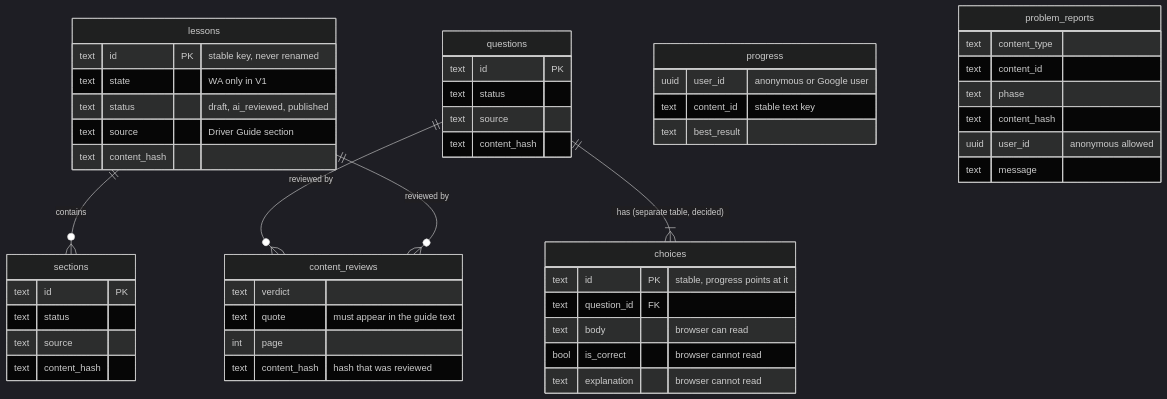
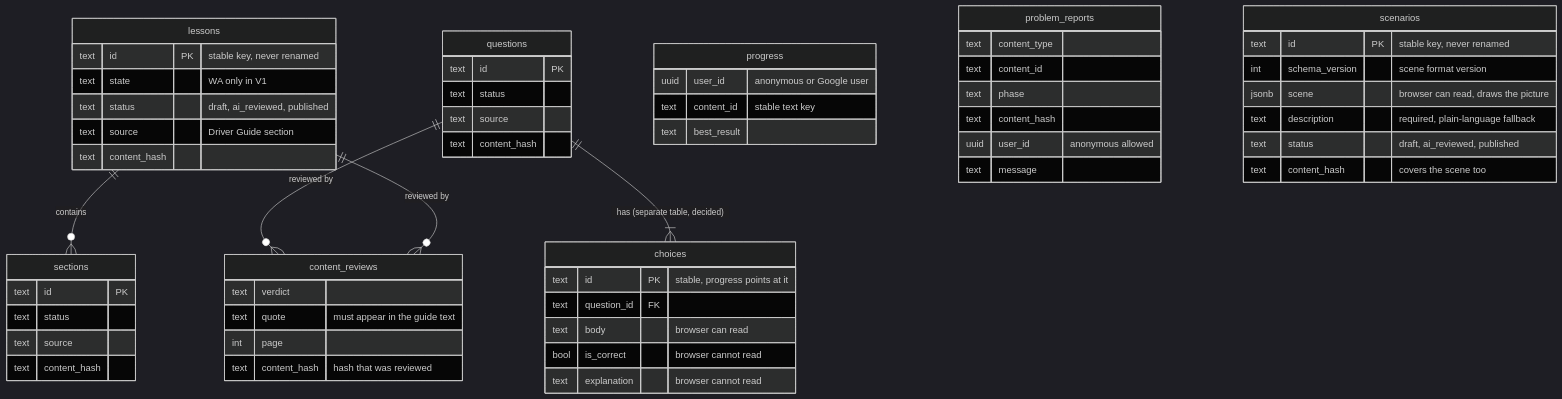
One commit to abdulrahman1121/super-driver changed the sixth of 8 diagrams in architecture/data-flow.md. Above: the diagram before and after it, drawn with Mermaid (dark theme). The commit also changed other lines of this file and 3 other files, not shown here.

````diff
--- a/architecture/data-flow.md
+++ b/architecture/data-flow.md
@@ -141,52 +141,60 @@
 ```mermaid
 erDiagram
   lessons ||--o{ sections : contains
   questions ||--|{ choices : "has (separate table, decided)"
   questions ||--o{ content_reviews : "reviewed by"
   lessons ||--o{ content_reviews : "reviewed by"
   progress {
     uuid user_id "anonymous or Google user"
     text content_id "stable text key"
     text best_result
   }
   problem_reports {
     text content_type
     text content_id
     text phase
     text content_hash
     uuid user_id "anonymous allowed"
     text message
   }
   lessons {
     text id PK "stable key, never renamed"
     text state "WA only in V1"
     text status "draft, ai_reviewed, published"
     text source "Driver Guide section"
     text content_hash
   }
   sections {
     text id PK
     text status
     text source
     text content_hash
   }
   questions {
     text id PK
     text status
     text source
     text content_hash
   }
   choices {
     text id PK "stable, progress points at it"
     text question_id FK
     text body "browser can read"
     bool is_correct "browser cannot read"
     text explanation "browser cannot read"
   }
+  scenarios {
+    text id PK "stable key, never renamed"
+    int schema_version "scene format version"
+    jsonb scene "browser can read, draws the picture"
+    text description "required, plain-language fallback"
+    text status "draft, ai_reviewed, published"
+    text content_hash "covers the scene too"
+  }
   content_reviews {
     text verdict
     text quote "must appear in the guide text"
     int page
     text content_hash "hash that was reviewed"
   }
 ```
````
